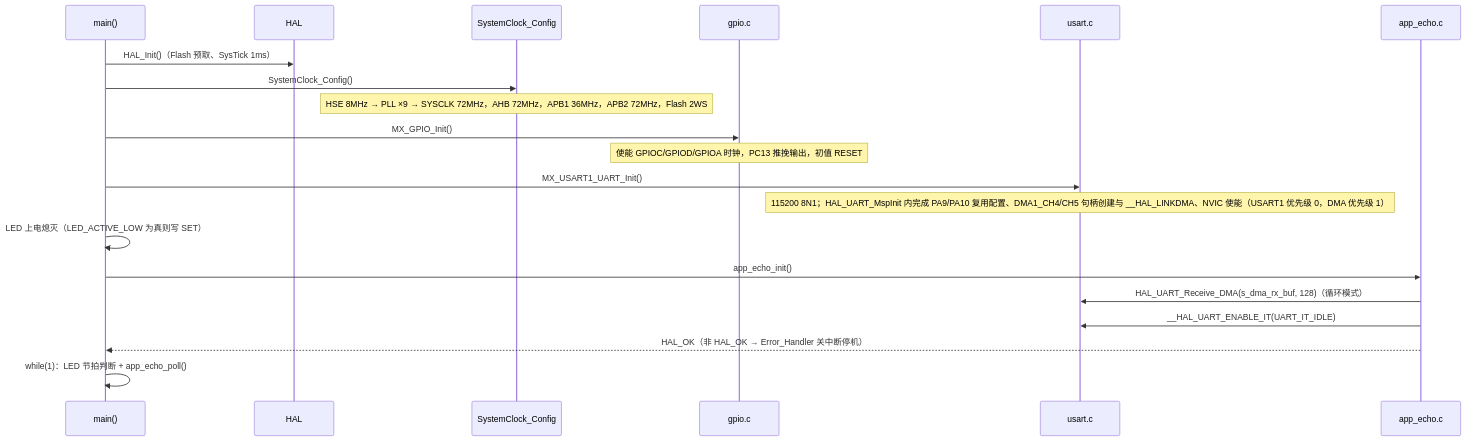
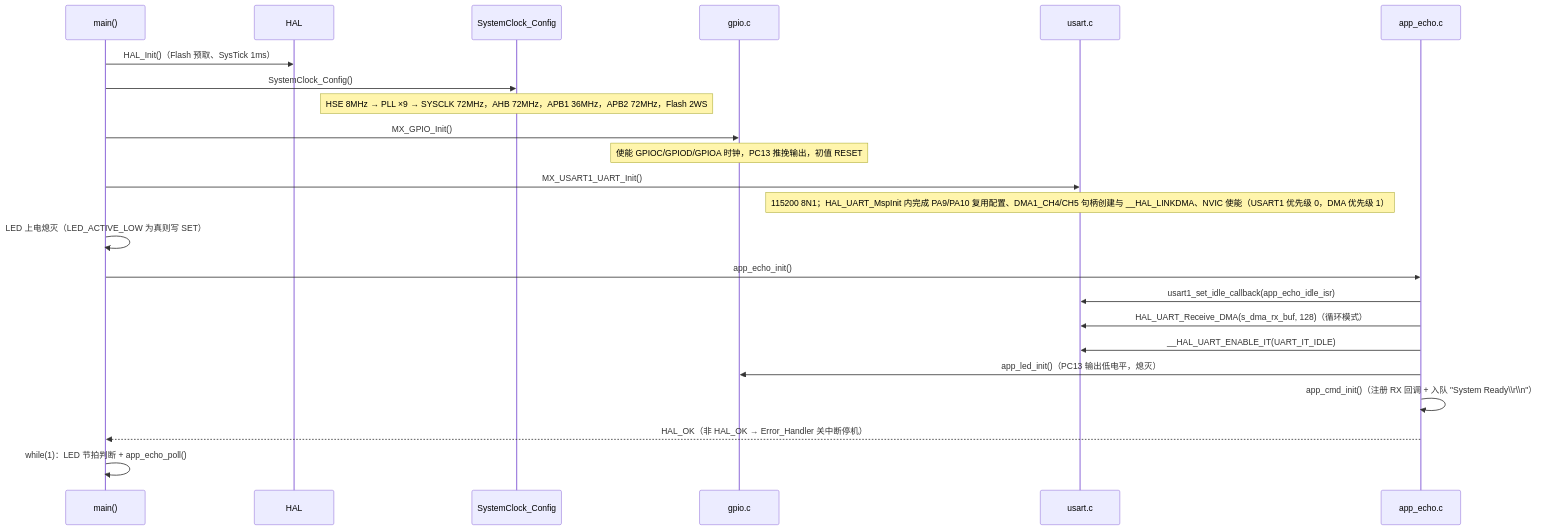
One commit to Chenalanson/simpleide changed the second of 5 diagrams in examples/test32/framework.md. Above: the diagram before and after it, drawn with Mermaid. The commit also changed other lines of this file and 42 other files, not shown here.

````diff
--- a/examples/test32/framework.md
+++ b/examples/test32/framework.md
@@ -158,22 +169,25 @@
 ```mermaid
 sequenceDiagram
     participant M as main()
     participant H as HAL
     participant R as SystemClock_Config
     participant G as gpio.c
     participant U as usart.c
     participant E as app_echo.c
     M->>H: HAL_Init()（Flash 预取、SysTick 1ms）
     M->>R: SystemClock_Config()
     Note over R: HSE 8MHz → PLL ×9 → SYSCLK 72MHz，AHB 72MHz，APB1 36MHz，APB2 72MHz，Flash 2WS
     M->>G: MX_GPIO_Init()
     Note over G: 使能 GPIOC/GPIOD/GPIOA 时钟，PC13 推挽输出，初值 RESET
     M->>U: MX_USART1_UART_Init()
     Note over U: 115200 8N1；HAL_UART_MspInit 内完成 PA9/PA10 复用配置、DMA1_CH4/CH5 句柄创建与 __HAL_LINKDMA、NVIC 使能（USART1 优先级 0，DMA 优先级 1）
     M->>M: LED 上电熄灭（LED_ACTIVE_LOW 为真则写 SET）
     M->>E: app_echo_init()
+    E->>U: usart1_set_idle_callback(app_echo_idle_isr)
     E->>U: HAL_UART_Receive_DMA(s_dma_rx_buf, 128)（循环模式）
     E->>U: __HAL_UART_ENABLE_IT(UART_IT_IDLE)
+    E->>G: app_led_init()（PC13 输出低电平，熄灭）
+    E->>E: app_cmd_init()（注册 RX 回调 + 入队 "System Ready\\r\\n"）
     E-->>M: HAL_OK（非 HAL_OK → Error_Handler 关中断停机）
     M->>M: while(1)：LED 节拍判断 + app_echo_poll()
 ```
````
